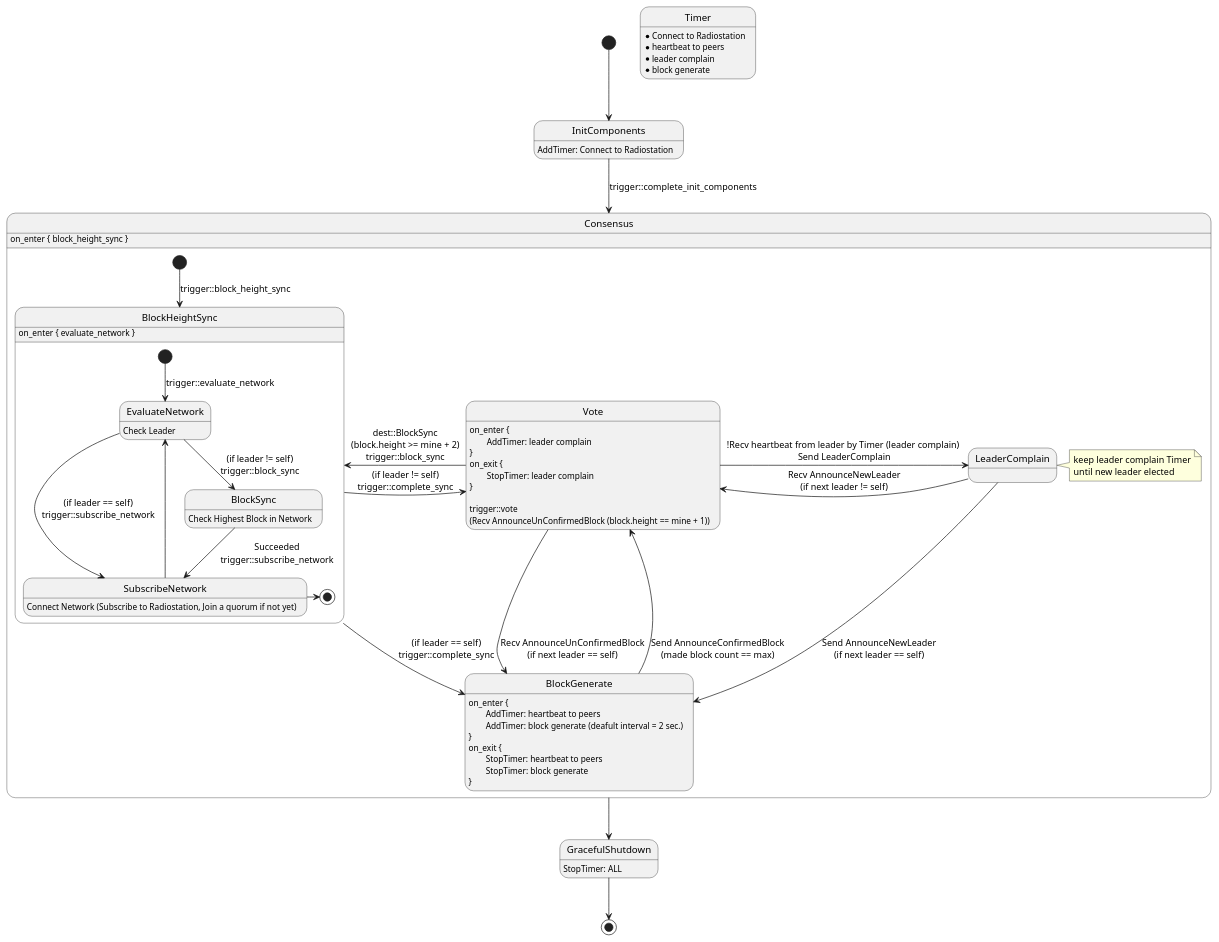
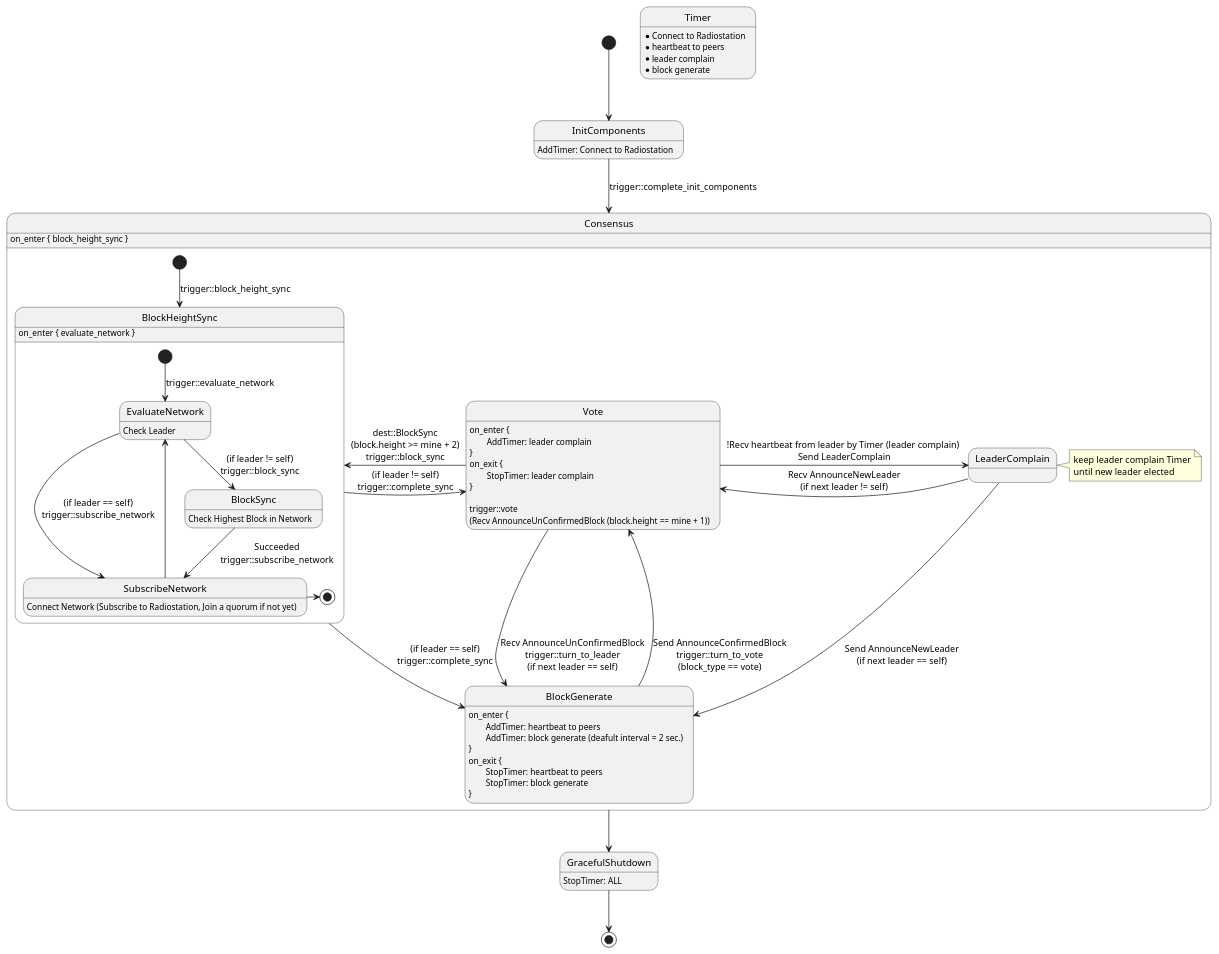
Before and after one commit to icon-project/loopchain: the diagram in docs/8. diagram/state_machine_in_siever.wsd, drawn with PlantUML. The commit also changed 4 other files, not shown here.

Commit message:
Turn to leader when next leader is self node.

```diff
--- a/docs/8. diagram/state_machine_in_siever.wsd
+++ b/docs/8. diagram/state_machine_in_siever.wsd
@@ -1,72 +1,72 @@
 @startuml State Machine in Siever
 
 [*] --> InitComponents
 InitComponents: AddTimer: Connect to Radiostation
 
 InitComponents --> Consensus : trigger::complete_init_components
 
 state Timer
 Timer: * Connect to Radiostation
 Timer: * heartbeat to peers
 Timer: * leader complain
 Timer: * block generate
 
 state Consensus {
     Consensus: on_enter { block_height_sync }
     [*] --> BlockHeightSync : trigger::block_height_sync
 
     state BlockHeightSync {
         [*] --> EvaluateNetwork : trigger::evaluate_network
 
         EvaluateNetwork: Check Leader
         EvaluateNetwork --> BlockSync : (if leader != self)\ntrigger::block_sync
         EvaluateNetwork --> SubscribeNetwork : (if leader == self)\ntrigger::subscribe_network
 
         BlockSync: Check Highest Block in Network
         BlockSync --> SubscribeNetwork : Succeeded\ntrigger::subscribe_network
 
         SubscribeNetwork: Connect Network (Subscribe to Radiostation, Join a quorum if not yet)
         SubscribeNetwork -up-> EvaluateNetwork
         SubscribeNetwork -right-> [*]
     }
     BlockHeightSync: on_enter { evaluate_network }
     BlockHeightSync --> BlockGenerate: (if leader == self)\ntrigger::complete_sync
     BlockHeightSync -> Vote: (if leader != self)\ntrigger::complete_sync
 
     Vote: on_enter {
     Vote: \tAddTimer: leader complain
     Vote: }
     Vote: on_exit {
     Vote: \tStopTimer: leader complain
     Vote: }
     Vote: 
     Vote: trigger::vote\n(Recv AnnounceUnConfirmedBlock (block.height == mine + 1))
     Vote -left-> BlockHeightSync : dest::BlockSync\n(block.height >= mine + 2)\ntrigger::block_sync
-    Vote -> BlockGenerate : Recv AnnounceUnConfirmedBlock\n(if next leader == self)
+    Vote -> BlockGenerate : Recv AnnounceUnConfirmedBlock\ntrigger::turn_to_leader\n(if next leader == self)
     Vote -> LeaderComplain : !Recv heartbeat from leader by Timer (leader complain) \nSend LeaderComplain
 
     BlockGenerate: on_enter {
     BlockGenerate: \tAddTimer: heartbeat to peers
     BlockGenerate: \tAddTimer: block generate (deafult interval = 2 sec.)
     BlockGenerate: }
     BlockGenerate: on_exit {
     BlockGenerate: \tStopTimer: heartbeat to peers
     BlockGenerate: \tStopTimer: block generate
     BlockGenerate: }
-    BlockGenerate -> Vote : Send AnnounceConfirmedBlock\n(made block count == max)
+    BlockGenerate -> Vote : Send AnnounceConfirmedBlock\ntrigger::turn_to_vote\n(block_type == vote)
 
     state LeaderComplain
     note right of LeaderComplain
       keep leader complain Timer
       until new leader elected
     end note
     LeaderComplain -> Vote : Recv AnnounceNewLeader\n(if next leader != self)
     LeaderComplain --> BlockGenerate : Send AnnounceNewLeader\n(if next leader == self)
 }
 
 Consensus --> GracefulShutdown
 
 GracefulShutdown: StopTimer: ALL
 GracefulShutdown --> [*]
 
 @enduml
```
